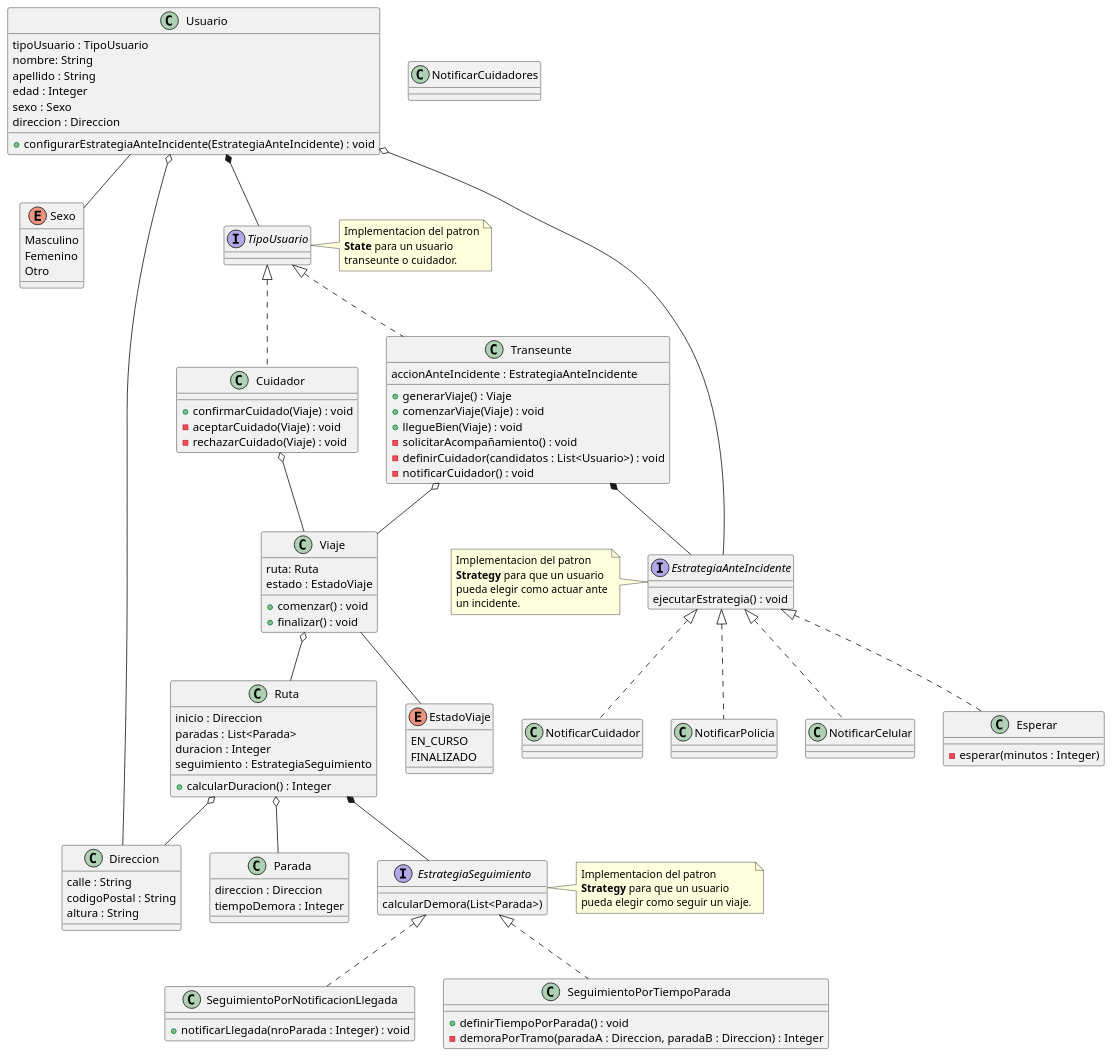
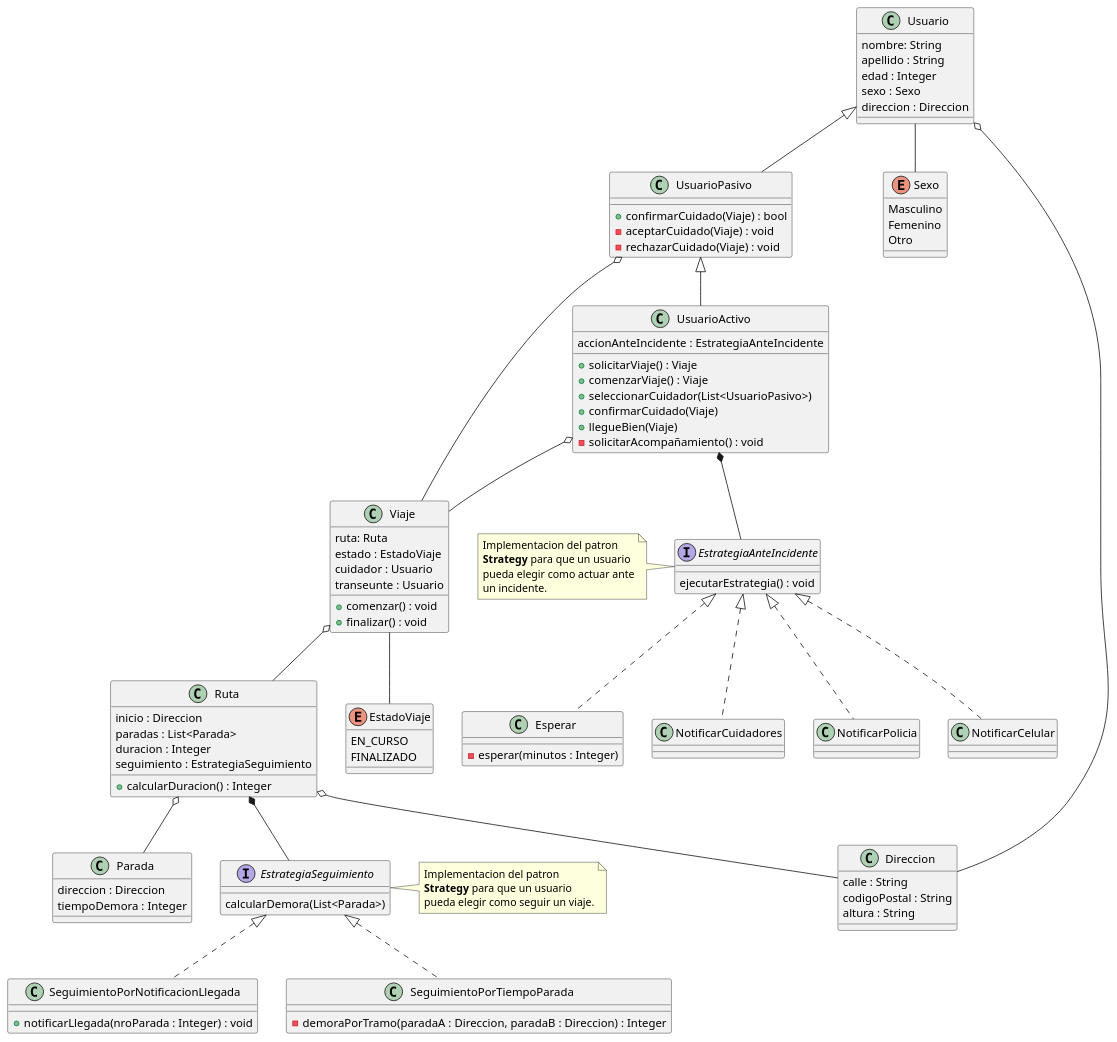
One commit to nachoberaza/practica-dds-cuidandonos changed the diagram in docs/diagrams/class_diagram_v2.puml. Above: the diagram before and after it, drawn with PlantUML. The commit also changed 4 other files, not shown here.

Commit message:
Refactoring both diagrams.

```diff
--- a/docs/diagrams/class_diagram_v2.puml
+++ b/docs/diagrams/class_diagram_v2.puml
@@ -1,139 +1,127 @@
 @startuml
 class Usuario{
-    tipoUsuario : TipoUsuario
     nombre: String
     apellido : String
     edad : Integer
     sexo : Sexo
     direccion : Direccion
-    + configurarEstrategiaAnteIncidente(EstrategiaAnteIncidente) : void
+}
+
+class UsuarioPasivo extends Usuario {
+    + confirmarCuidado(Viaje) : bool
+    - aceptarCuidado(Viaje) : void
+    - rechazarCuidado(Viaje) : void
+}
+
+class UsuarioActivo extends UsuarioPasivo {
+    accionAnteIncidente : EstrategiaAnteIncidente
+
+    + solicitarViaje() : Viaje
+    + comenzarViaje() : Viaje
+    + seleccionarCuidador(List<UsuarioPasivo>)
+    + confirmarCuidado(Viaje)
+    + llegueBien(Viaje)
+    - solicitarAcompañamiento() : void
 }
 
 enum Sexo{
     Masculino
     Femenino
     Otro
 }
 
-interface TipoUsuario{
-    'TODO: Que metodo podria ir en esta interfaz??'
-}
-
-class Transeunte implements TipoUsuario {
-    accionAnteIncidente : EstrategiaAnteIncidente
-
-    + generarViaje() : Viaje
-    + comenzarViaje(Viaje) : void
-    + llegueBien(Viaje) : void
-    - solicitarAcompañamiento() : void
-    - definirCuidador(candidatos : List<Usuario>) : void
-    - notificarCuidador() : void
-}
-
-class Cuidador implements TipoUsuario {
-    + confirmarCuidado(Viaje) : void
-    - aceptarCuidado(Viaje) : void
-    - rechazarCuidado(Viaje) : void
-}
-
 class Viaje {
     ruta: Ruta
     estado : EstadoViaje
+    cuidador : Usuario
+    transeunte : Usuario
     + comenzar() : void
     + finalizar() : void
 }
 
 enum EstadoViaje{
     EN_CURSO
     FINALIZADO
 }
 
 class Ruta{
     inicio : Direccion
     paradas : List<Parada>
     duracion : Integer
     seguimiento : EstrategiaSeguimiento
     + calcularDuracion() : Integer
 }
 
 class Parada {
     direccion : Direccion
     tiempoDemora : Integer
 }
 
 interface EstrategiaSeguimiento {
     calcularDemora(List<Parada>)
 }
 
 class SeguimientoPorNotificacionLlegada implements EstrategiaSeguimiento {
     + notificarLlegada(nroParada : Integer) : void
 }
 
 class SeguimientoPorTiempoParada implements EstrategiaSeguimiento {
-    + definirTiempoPorParada() : void
     - demoraPorTramo(paradaA : Direccion, paradaB : Direccion) : Integer
 }
 
 interface EstrategiaAnteIncidente {
     ejecutarEstrategia() : void
 }
 
 class NotificarCuidadores{}
 
 class NotificarPolicia{}
 
 class NotificarCelular{}
 
 class Esperar{
     - esperar(minutos : Integer)
 }
 
 class Direccion{
     calle : String
     codigoPostal : String
     altura : String
 }
 
 'Relaciones'
-Usuario *-- TipoUsuario
 Usuario o-- Direccion
-Usuario o-- EstrategiaAnteIncidente
 Usuario -- Sexo
 
-Transeunte *-- EstrategiaAnteIncidente
+UsuarioActivo *-- EstrategiaAnteIncidente
+UsuarioActivo o-- Viaje
+
+UsuarioPasivo o-- Viaje
 
 Viaje o-- Ruta
-Transeunte o-- Viaje
-Cuidador o-- Viaje
 Viaje -- EstadoViaje
 
 Ruta o-- Parada
 Ruta *-- EstrategiaSeguimiento
 Ruta o-- Direccion
 
-EstrategiaAnteIncidente <|.. NotificarCuidador
+EstrategiaAnteIncidente <|.. NotificarCuidadores
 EstrategiaAnteIncidente <|.. NotificarCelular
 EstrategiaAnteIncidente <|.. NotificarPolicia
 EstrategiaAnteIncidente <|.. Esperar
 
 'Notas'
 note right of EstrategiaSeguimiento
     Implementacion del patron
     **Strategy** para que un usuario
     pueda elegir como seguir un viaje.
 end note
 
-note left of TipoUsuario
-    Implementacion del patron
-    **State** para un usuario
-    transeunte o cuidador.
-end note
-
 note left of EstrategiaAnteIncidente
     Implementacion del patron
     **Strategy** para que un usuario
     pueda elegir como actuar ante
     un incidente.
 end note
 
 @enduml
```
